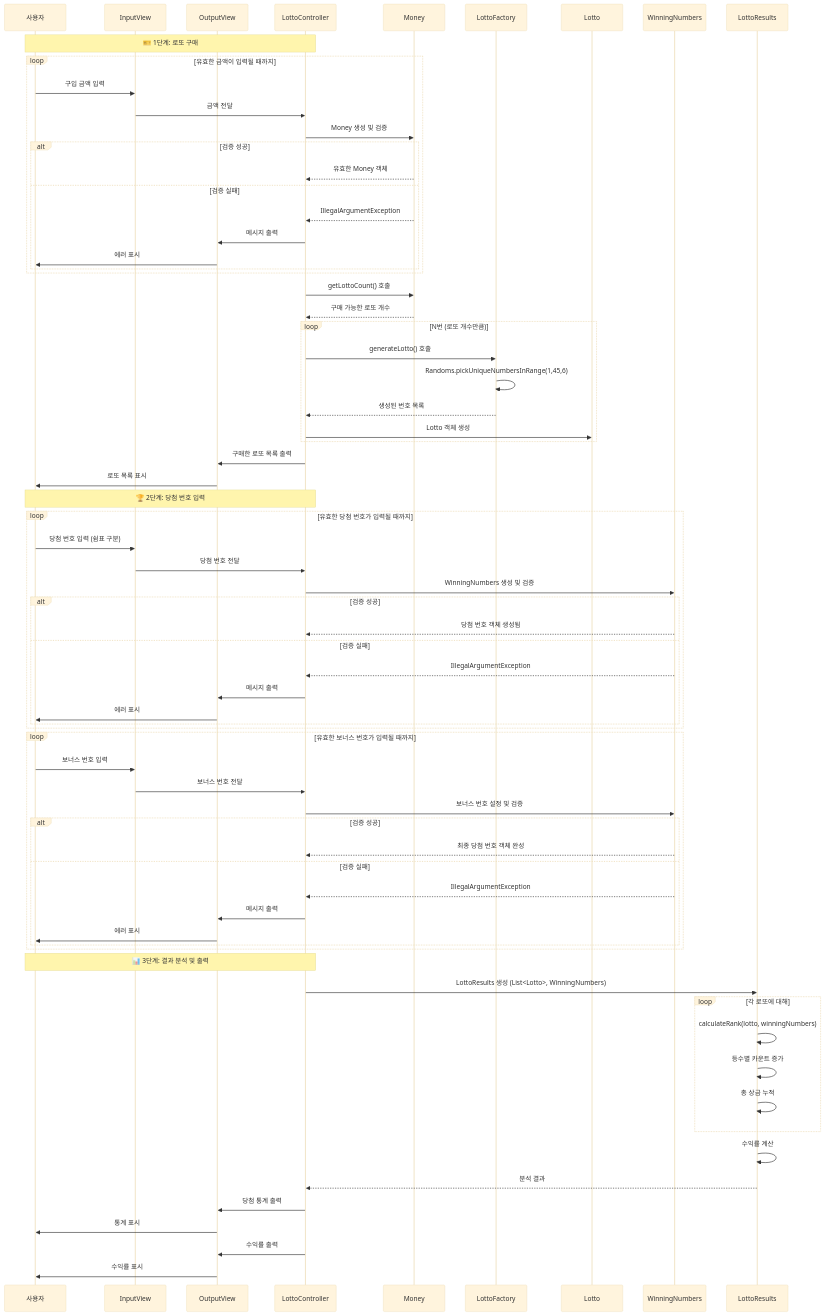
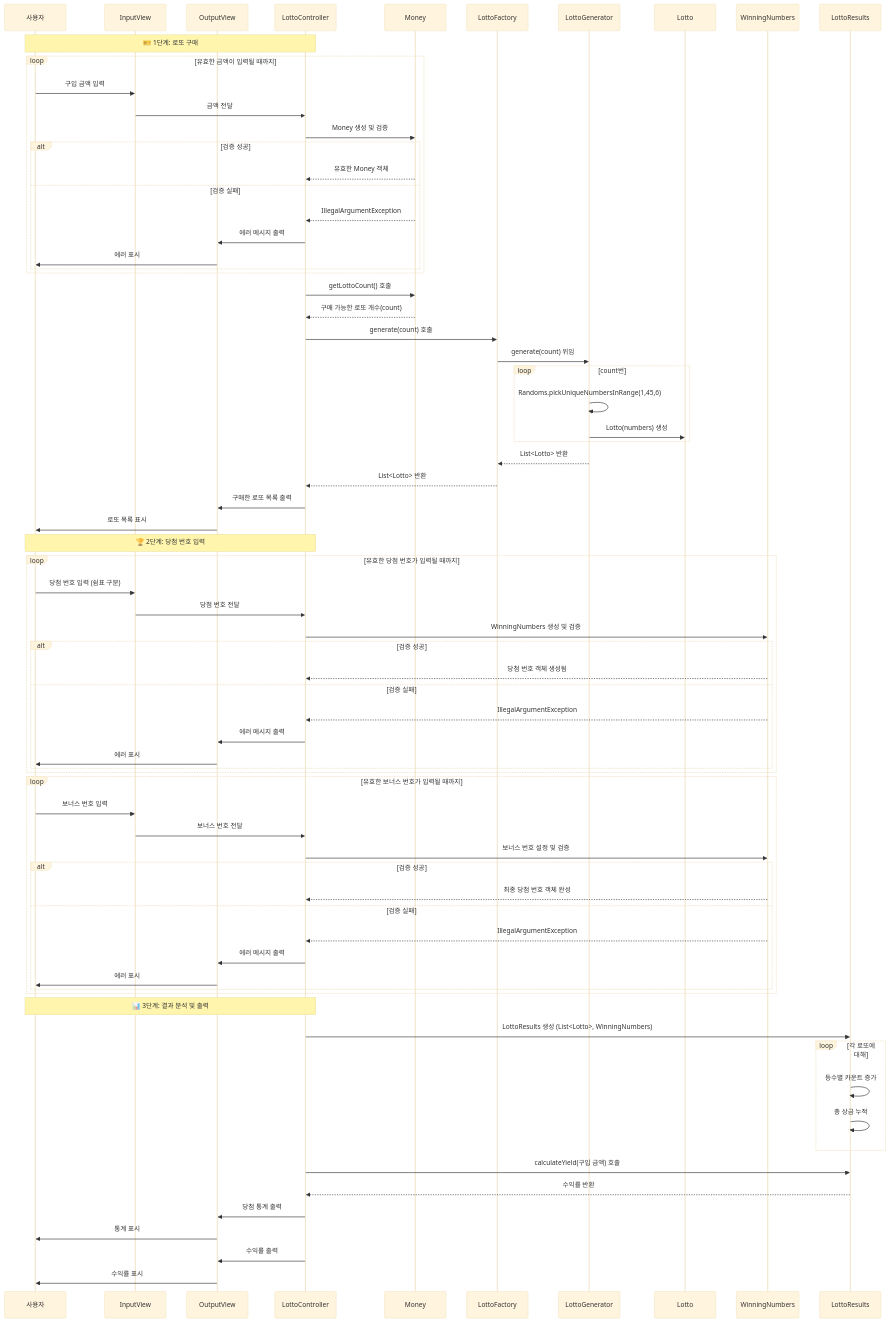
Before and after one commit to JohnPrk/java-lotto-8: the diagram in README.md, drawn with Mermaid (base theme). The commit also changed other lines of this file and 7 other files, not shown here.

First line of the commit message:
feat: 로또 생성 책임 및 검증을 담당하는 LottoFactory 및 LottoGenerator 구현

````diff
--- a/README.md
+++ b/README.md
@@ -23,77 +23,82 @@
 ```mermaid
 sequenceDiagram
     participant U as 사용자
     participant I as InputView
     participant O as OutputView
     participant C as LottoController
     participant M as Money
     participant F as LottoFactory
+    participant G as LottoGenerator
     participant L as Lotto
     participant W as WinningNumbers
     participant R as LottoResults
 
 Note over U,C: 🎫 1단계: 로또 구매
     loop 유효한 금액이 입력될 때까지
         U->>I: 구입 금액 입력
         I->>C: 금액 전달
         C->>M: Money 생성 및 검증
         alt 검증 성공
             M-->>C: 유효한 Money 객체
         else 검증 실패
             M-->>C: IllegalArgumentException
-            C->>O: 메시지 출력
+            C->>O: 에러 메시지 출력
             O->>U: 에러 표시
         end
     end
 
     C->>M: getLottoCount() 호출
-    M-->>C: 구매 가능한 로또 개수
-    loop N번 (로또 개수만큼)
-        C->>F: generateLotto() 호출
-        F->>F: Randoms.pickUniqueNumbersInRange(1,45,6)
-        F-->>C: 생성된 번호 목록
-        C->>L: Lotto 객체 생성
+    M-->>C: 구매 가능한 로또 개수(count)
+
+    C->>F: generate(count) 호출
+    F->>G: generate(count) 위임
+
+    loop count번
+        G->>G: Randoms.pickUniqueNumbersInRange(1,45,6)
+        G->>L: Lotto(numbers) 생성
     end
+    G-->>F: List<Lotto> 반환
+    F-->>C: List<Lotto> 반환
+
     C->>O: 구매한 로또 목록 출력
     O->>U: 로또 목록 표시
     		
 Note over U,C: 🏆 2단계: 당첨 번호 입력
     loop 유효한 당첨 번호가 입력될 때까지
         U->>I: 당첨 번호 입력 (쉼표 구분)
         I->>C: 당첨 번호 전달
         C->>W: WinningNumbers 생성 및 검증
         alt 검증 성공
             W-->>C: 당첨 번호 객체 생성됨
         else 검증 실패
             W-->>C: IllegalArgumentException
-            C->>O: 메시지 출력
+            C->>O: 에러 메시지 출력
             O->>U: 에러 표시
         end
     end
 
     loop 유효한 보너스 번호가 입력될 때까지
         U->>I: 보너스 번호 입력
         I->>C: 보너스 번호 전달
         C->>W: 보너스 번호 설정 및 검증
         alt 검증 성공
             W-->>C: 최종 당첨 번호 객체 완성
         else 검증 실패
             W-->>C: IllegalArgumentException
-            C->>O: 메시지 출력
+            C->>O: 에러 메시지 출력
             O->>U: 에러 표시
         end
     end
     Note over U,C: 📊 3단계: 결과 분석 및 출력
     C->>R: LottoResults 생성 (List<Lotto>, WinningNumbers)
     loop 각 로또에 대해
-        R->>R: calculateRank(lotto, winningNumbers)
         R->>R: 등수별 카운트 증가
         R->>R: 총 상금 누적
     end
-    R->>R: 수익률 계산
-    R-->>C: 분석 결과
+    C->>R: calculateYield(구입 금액) 호출
+    R-->>C: 수익률 반환
     C->>O: 당첨 통계 출력
     O->>U: 통계 표시
     C->>O: 수익률 출력
     O->>U: 수익률 표시
 ```
````
